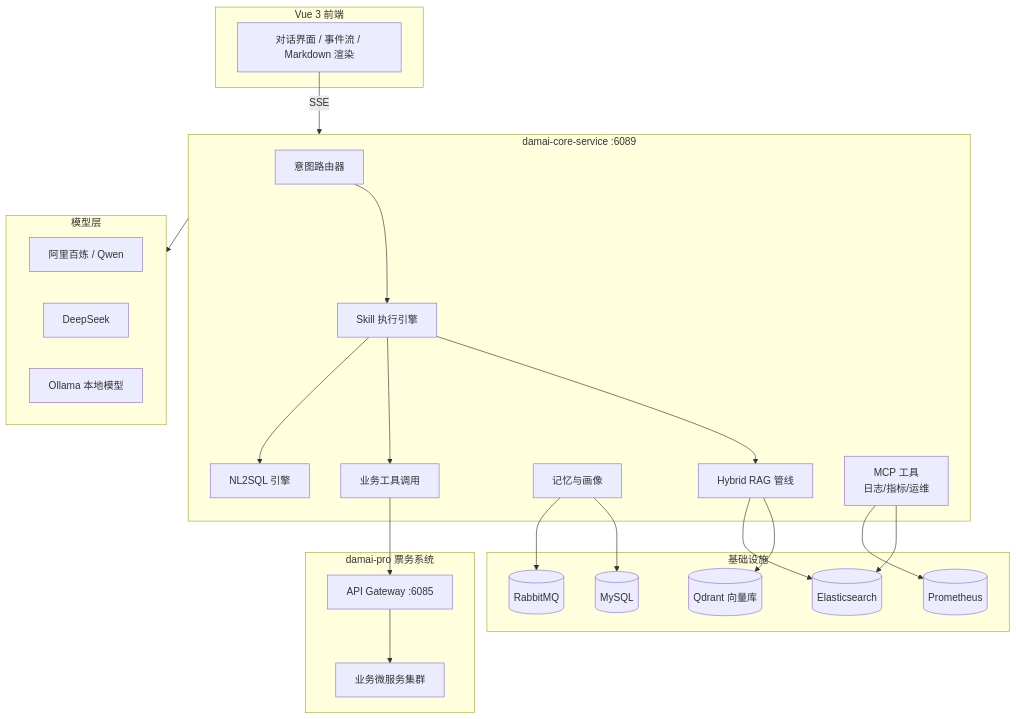
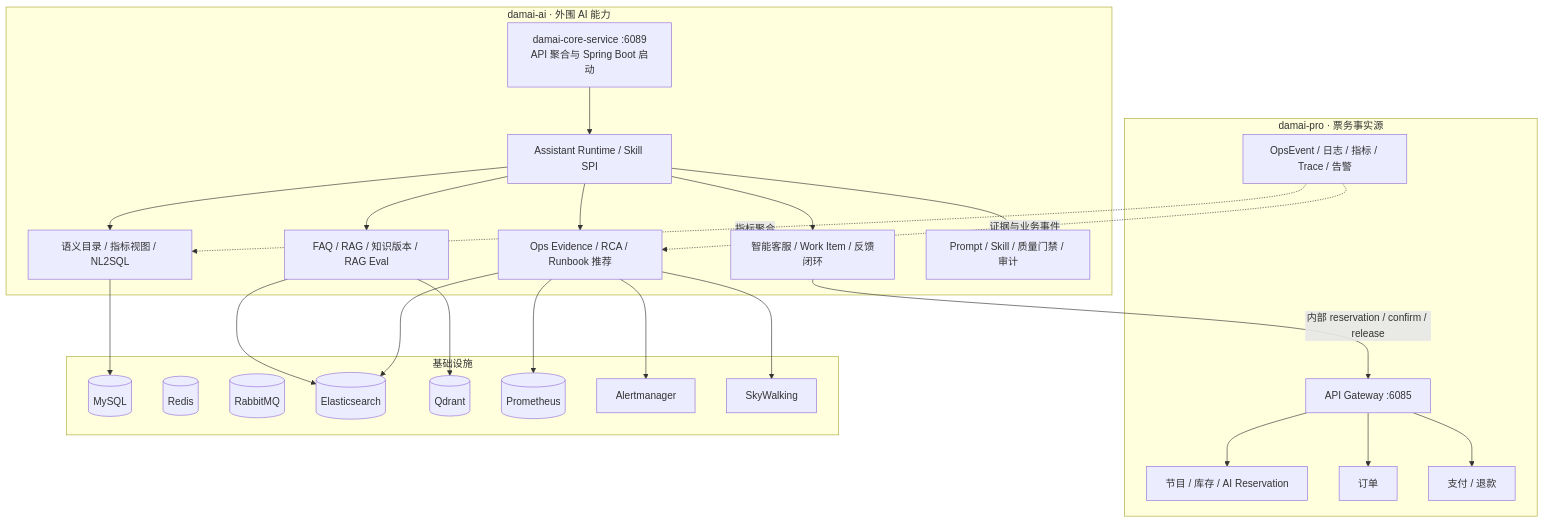
Before and after one commit to LittleSongxx/damai: the diagram in damai-ai/README.md, drawn with Mermaid. The commit also changed other lines of this file and 227 other files, not shown here.

````diff
--- a/damai-ai/README.md
+++ b/damai-ai/README.md
@@ -11,50 +11,51 @@
 ```mermaid
 graph TB
-    subgraph Frontend["Vue 3 前端"]
-        UI[对话界面 / 事件流 / Markdown 渲染]
+    subgraph Pro["damai-pro · 票务事实源"]
+        Gateway[API Gateway :6085]
+        Program[节目 / 库存 / AI Reservation]
+        Order[订单]
+        Pay[支付 / 退款]
+        Events[OpsEvent / 日志 / 指标 / Trace / 告警]
     end
 
-    subgraph Core["damai-core-service :6089"]
-        Router[意图路由器]
-        SkillEngine[Skill 执行引擎]
-        RAG[Hybrid RAG 管线]
-        Tools[业务工具调用]
-        Memory[记忆与画像]
-        NL2SQL[NL2SQL 引擎]
-        MCP[MCP 工具<br/>日志/指标/运维]
-    end
-
-    subgraph Models["模型层"]
-        Qwen[阿里百炼 / Qwen]
-        DeepSeek[DeepSeek]
-        Ollama[Ollama 本地模型]
+    subgraph AI["damai-ai · 外围 AI 能力"]
+        Core[damai-core-service :6089<br/>API 聚合与 Spring Boot 启动]
+        Runtime[Assistant Runtime / Skill SPI]
+        Customer[智能客服 / Work Item / 反馈闭环]
+        Knowledge[FAQ / RAG / 知识版本 / RAG Eval]
+        DataOps[语义目录 / 指标视图 / NL2SQL]
+        Ops[Ops Evidence / RCA / Runbook 推荐]
+        Governance[Prompt / Skill / 质量门禁 / 审计]
     end
 
     subgraph Infra["基础设施"]
         MySQL[(MySQL)]
-        Qdrant[(Qdrant 向量库)]
+        Redis[(Redis)]
+        RabbitMQ[(RabbitMQ)]
         ES[(Elasticsearch)]
-        RabbitMQ[(RabbitMQ)]
+        Qdrant[(Qdrant)]
         Prometheus[(Prometheus)]
+        Alertmanager[Alertmanager]
+        SkyWalking[SkyWalking]
     end
 
-    subgraph Pro["damai-pro 票务系统"]
-        Gateway[API Gateway :6085]
-        BizServices[业务微服务集群]
-    end
-
-    UI -->|SSE| Core
-    Router --> SkillEngine
-    SkillEngine --> RAG
-    SkillEngine --> Tools
-    SkillEngine --> NL2SQL
-    RAG --> Qdrant
-    RAG --> ES
-    Tools --> Gateway
-    Gateway --> BizServices
-    Core --> Models
-    MCP --> ES
-    MCP --> Prometheus
-    Memory --> MySQL
-    Memory --> RabbitMQ
+    Core --> Runtime
+    Runtime --> Customer
+    Runtime --> Knowledge
+    Runtime --> DataOps
+    Runtime --> Ops
+    Runtime --> Governance
+    Customer -->|内部 reservation / confirm / release| Gateway
+    Gateway --> Program
+    Gateway --> Order
+    Gateway --> Pay
+    Events -.证据与业务事件.-> Ops
+    Events -.指标聚合.-> DataOps
+    Knowledge --> Qdrant
+    Knowledge --> ES
+    DataOps --> MySQL
+    Ops --> ES
+    Ops --> Prometheus
+    Ops --> Alertmanager
+    Ops --> SkyWalking
 ```
````
